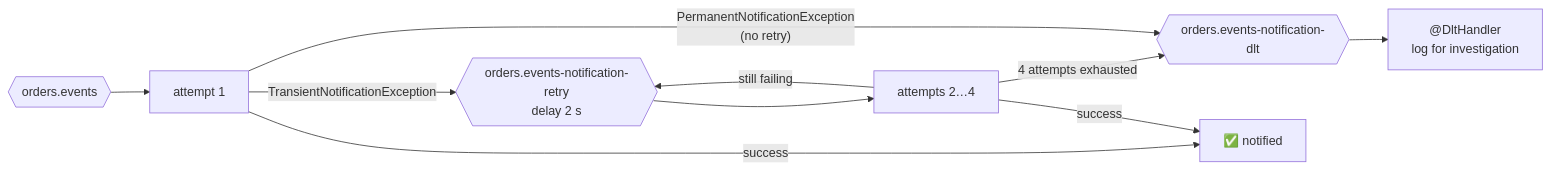
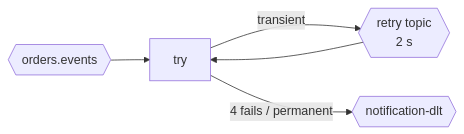
The tenth of 10 diagrams in README.md (BayechouAbdelhadi/kafka-java-demo), drawn with Mermaid before and after one commit. The commit also changed other lines of this file, not shown here.

Commit message:
Refactor README.md to improve clarity and structure, updating architecture and component descriptions for the Event-Driven Order System

````diff
--- a/README.md
+++ b/README.md
@@ -496,11 +187,6 @@
 ```mermaid
 flowchart LR
-    MAIN{{orders.events}} --> L1[attempt 1]
-    L1 -- "TransientNotificationException" --> RETRY{{orders.events-notification-retry<br/>delay 2 s}}
-    RETRY --> L2[attempts 2…4]
-    L2 -- still failing --> RETRY
-    L2 -- "4 attempts exhausted" --> DLT{{orders.events-notification-dlt}}
-    L1 -- "PermanentNotificationException<br/>(no retry)" --> DLT
-    DLT --> H["@DltHandler<br/>log for investigation"]
-    L1 & L2 -- success --> OK[✅ notified]
+    M{{orders.events}} --> L[try]
+    L -- transient --> R{{retry topic<br/>2 s}} --> L
+    L -- "4 fails / permanent" --> DLT{{notification-dlt}}
 ```
````
